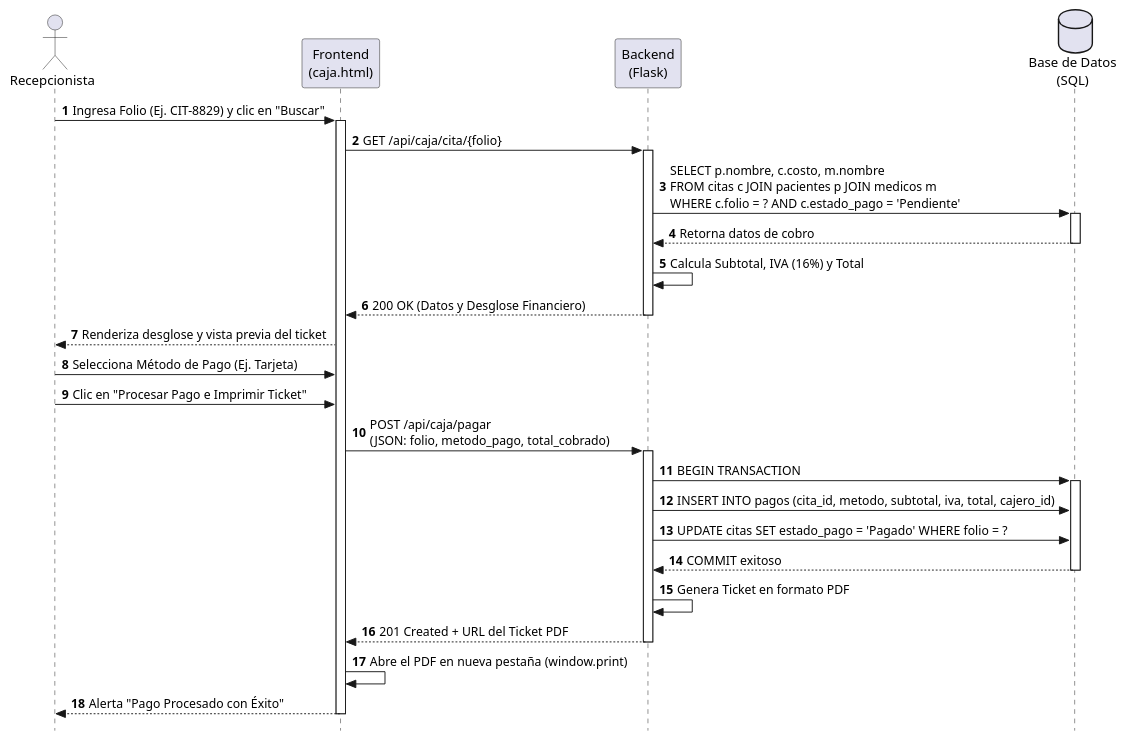
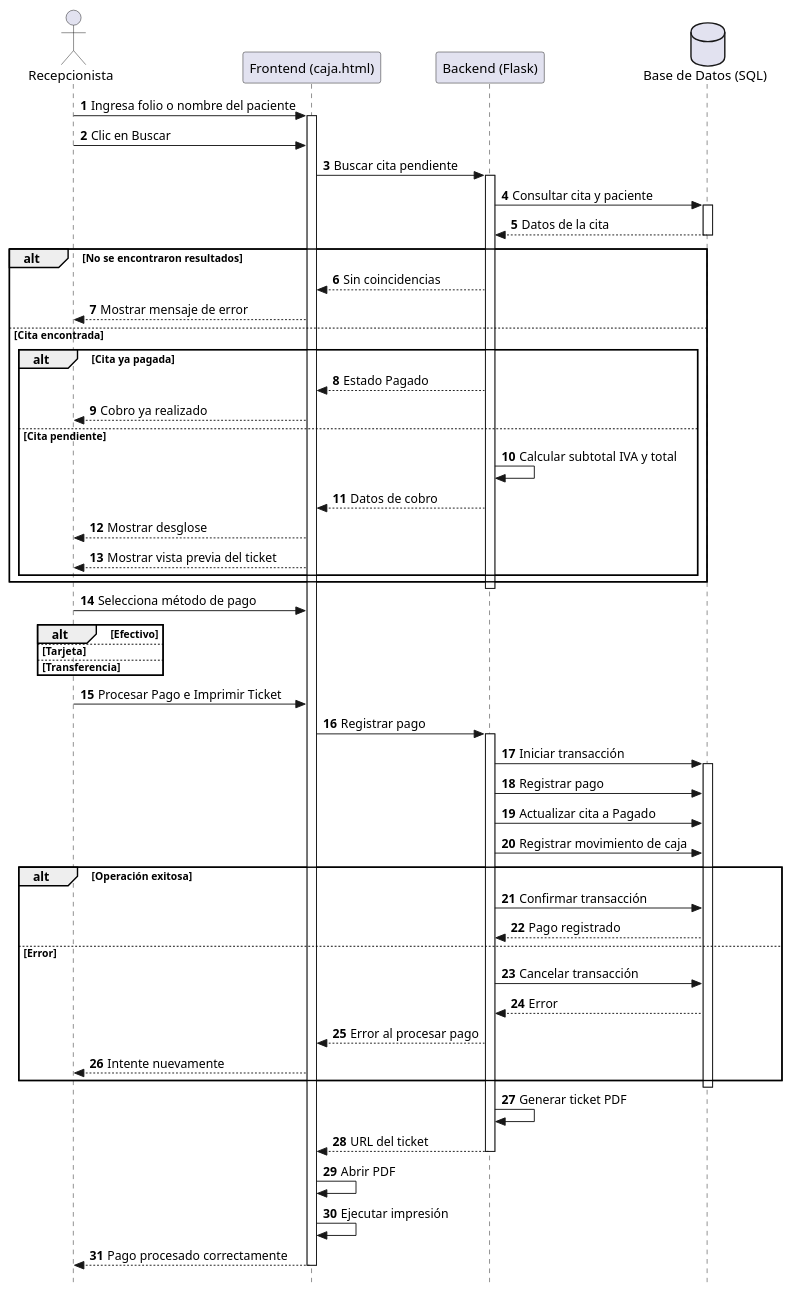
The diagram in DiagramasSecuencia/Recepcion/caja.puml (AlgorithmQuantum/Proyecto), drawn with PlantUML before and after one commit. The commit also changed 11 other files, not shown here.

Commit message:
correciones del los diagramas

```diff
--- a/DiagramasSecuencia/Recepcion/caja.puml
+++ b/DiagramasSecuencia/Recepcion/caja.puml
@@ -1,51 +1,120 @@
 @startuml modulo_caja
+
 skinparam style strictuml
+
 autonumber
 
 actor Recepcionista
-participant "Frontend\n(caja.html)" as UI
-participant "Backend\n(Flask)" as Flask
-database "Base de Datos\n(SQL)" as BD
+participant "Frontend (caja.html)" as UI
+participant "Backend (Flask)" as Flask
+database "Base de Datos (SQL)" as BD
 
-' Búsqueda de la Cita
-Recepcionista -> UI: Ingresa Folio (Ej. CIT-8829) y clic en "Buscar"
+Recepcionista -> UI: Ingresa folio o nombre del paciente
+
 activate UI
-UI -> Flask: GET /api/caja/cita/{folio}
+
+Recepcionista -> UI: Clic en Buscar
+
+UI -> Flask: Buscar cita pendiente
+
 activate Flask
 
-Flask -> BD: SELECT p.nombre, c.costo, m.nombre \nFROM citas c JOIN pacientes p JOIN medicos m \nWHERE c.folio = ? AND c.estado_pago = 'Pendiente'
+Flask -> BD: Consultar cita y paciente
+
 activate BD
-BD --> Flask: Retorna datos de cobro
+
+BD --> Flask: Datos de la cita
+
 deactivate BD
 
-Flask -> Flask: Calcula Subtotal, IVA (16%) y Total
-Flask --> UI: 200 OK (Datos y Desglose Financiero)
+alt No se encontraron resultados
+
+    Flask --> UI: Sin coincidencias
+
+    UI --> Recepcionista: Mostrar mensaje de error
+
+else Cita encontrada
+
+    alt Cita ya pagada
+
+        Flask --> UI: Estado Pagado
+
+        UI --> Recepcionista: Cobro ya realizado
+
+    else Cita pendiente
+
+        Flask -> Flask: Calcular subtotal IVA y total
+
+        Flask --> UI: Datos de cobro
+
+        UI --> Recepcionista: Mostrar desglose
+
+        UI --> Recepcionista: Mostrar vista previa del ticket
+
+    end
+
+end
+
 deactivate Flask
 
-UI --> Recepcionista: Renderiza desglose y vista previa del ticket
+Recepcionista -> UI: Selecciona método de pago
 
-' Procesamiento de Pago
-Recepcionista -> UI: Selecciona Método de Pago (Ej. Tarjeta)
-Recepcionista -> UI: Clic en "Procesar Pago e Imprimir Ticket"
+alt Efectivo
 
-UI -> Flask: POST /api/caja/pagar\n(JSON: folio, metodo_pago, total_cobrado)
+else Tarjeta
+
+else Transferencia
+
+end
+
+Recepcionista -> UI: Procesar Pago e Imprimir Ticket
+
+UI -> Flask: Registrar pago
+
 activate Flask
 
-' Transacción SQL
-Flask -> BD: BEGIN TRANSACTION
+Flask -> BD: Iniciar transacción
+
 activate BD
-Flask -> BD: INSERT INTO pagos (cita_id, metodo, subtotal, iva, total, cajero_id)
-Flask -> BD: UPDATE citas SET estado_pago = 'Pagado' WHERE folio = ?
-BD --> Flask: COMMIT exitoso
+
+Flask -> BD: Registrar pago
+
+Flask -> BD: Actualizar cita a Pagado
+
+Flask -> BD: Registrar movimiento de caja
+
+alt Operación exitosa
+
+    Flask -> BD: Confirmar transacción
+
+    BD --> Flask: Pago registrado
+
+else Error
+
+    Flask -> BD: Cancelar transacción
+
+    BD --> Flask: Error
+
+    Flask --> UI: Error al procesar pago
+
+    UI --> Recepcionista: Intente nuevamente
+
+end
+
 deactivate BD
 
-' Generación del Recibo Final
-Flask -> Flask: Genera Ticket en formato PDF
-Flask --> UI: 201 Created + URL del Ticket PDF
+Flask -> Flask: Generar ticket PDF
+
+Flask --> UI: URL del ticket
+
 deactivate Flask
 
-UI -> UI: Abre el PDF en nueva pestaña (window.print)
-UI --> Recepcionista: Alerta "Pago Procesado con Éxito"
+UI -> UI: Abrir PDF
+
+UI -> UI: Ejecutar impresión
+
+UI --> Recepcionista: Pago procesado correctamente
+
 deactivate UI
 
 @enduml
```
